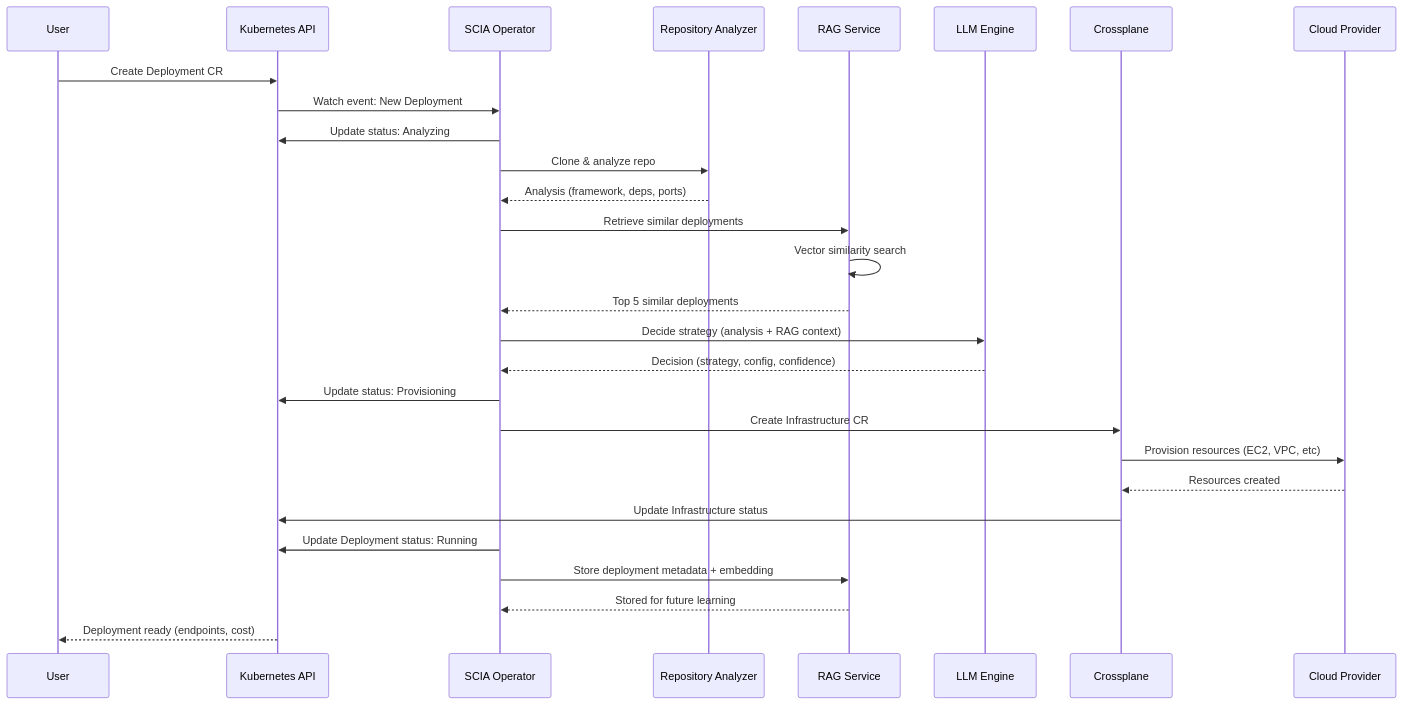
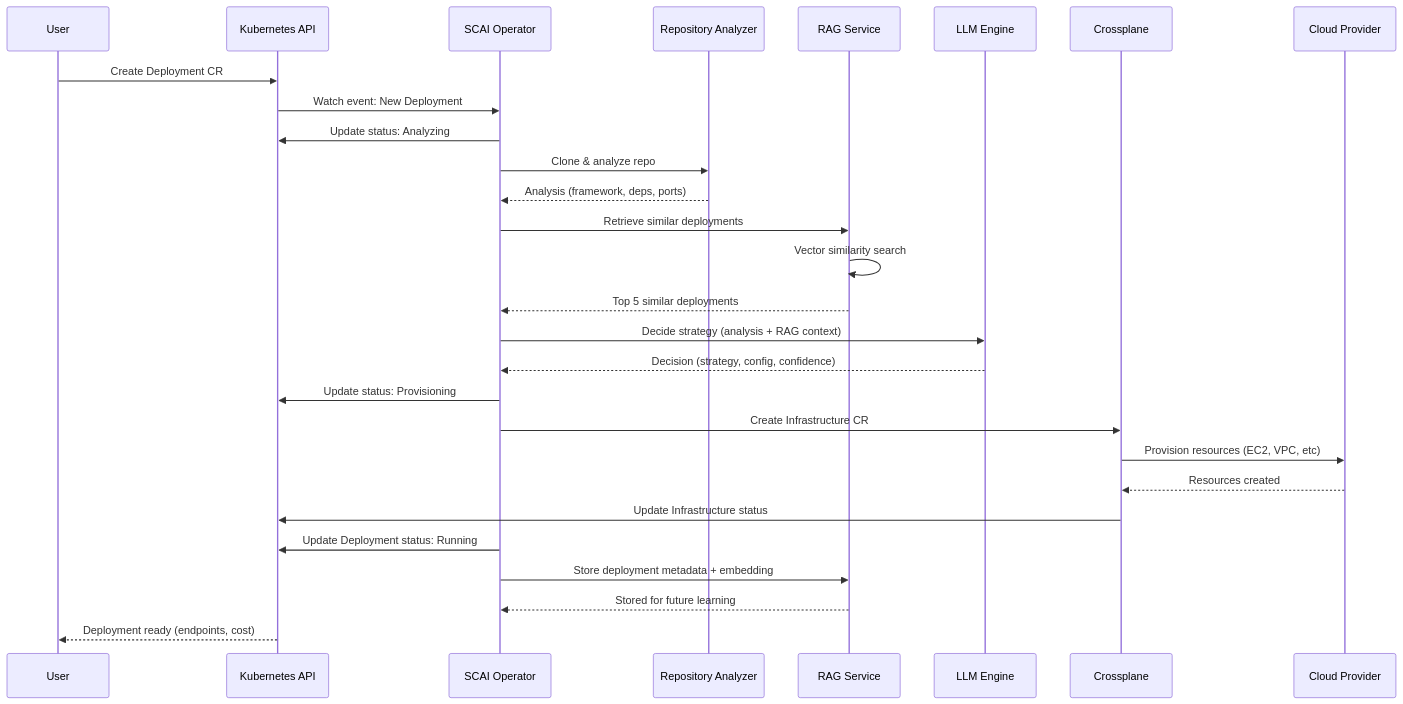
Before and after one commit to Smana/scai: the second of 8 diagrams in docs/v2-architecture-diagram.md, drawn with Mermaid. The commit also changed other lines of this file and 38 other files, not shown here.

First line of the commit message:
refactor: rename project from scia to scai

````diff
--- a/docs/v2-architecture-diagram.md
+++ b/docs/v2-architecture-diagram.md
@@ -76,38 +76,38 @@
 ```mermaid
 sequenceDiagram
     participant User
     participant K8sAPI as Kubernetes API
-    participant Operator as SCIA Operator
+    participant Operator as SCAI Operator
     participant Analyzer as Repository Analyzer
     participant RAG as RAG Service
     participant LLM as LLM Engine
     participant Crossplane
     participant Cloud as Cloud Provider
 
     User->>K8sAPI: Create Deployment CR
     K8sAPI->>Operator: Watch event: New Deployment
 
     Operator->>K8sAPI: Update status: Analyzing
     Operator->>Analyzer: Clone & analyze repo
     Analyzer-->>Operator: Analysis (framework, deps, ports)
 
     Operator->>RAG: Retrieve similar deployments
     RAG->>RAG: Vector similarity search
     RAG-->>Operator: Top 5 similar deployments
 
     Operator->>LLM: Decide strategy (analysis + RAG context)
     LLM-->>Operator: Decision (strategy, config, confidence)
 
     Operator->>K8sAPI: Update status: Provisioning
     Operator->>Crossplane: Create Infrastructure CR
     Crossplane->>Cloud: Provision resources (EC2, VPC, etc)
     Cloud-->>Crossplane: Resources created
 
     Crossplane->>K8sAPI: Update Infrastructure status
     Operator->>K8sAPI: Update Deployment status: Running
 
     Operator->>RAG: Store deployment metadata + embedding
     RAG-->>Operator: Stored for future learning
 
     K8sAPI-->>User: Deployment ready (endpoints, cost)
 ```
````
